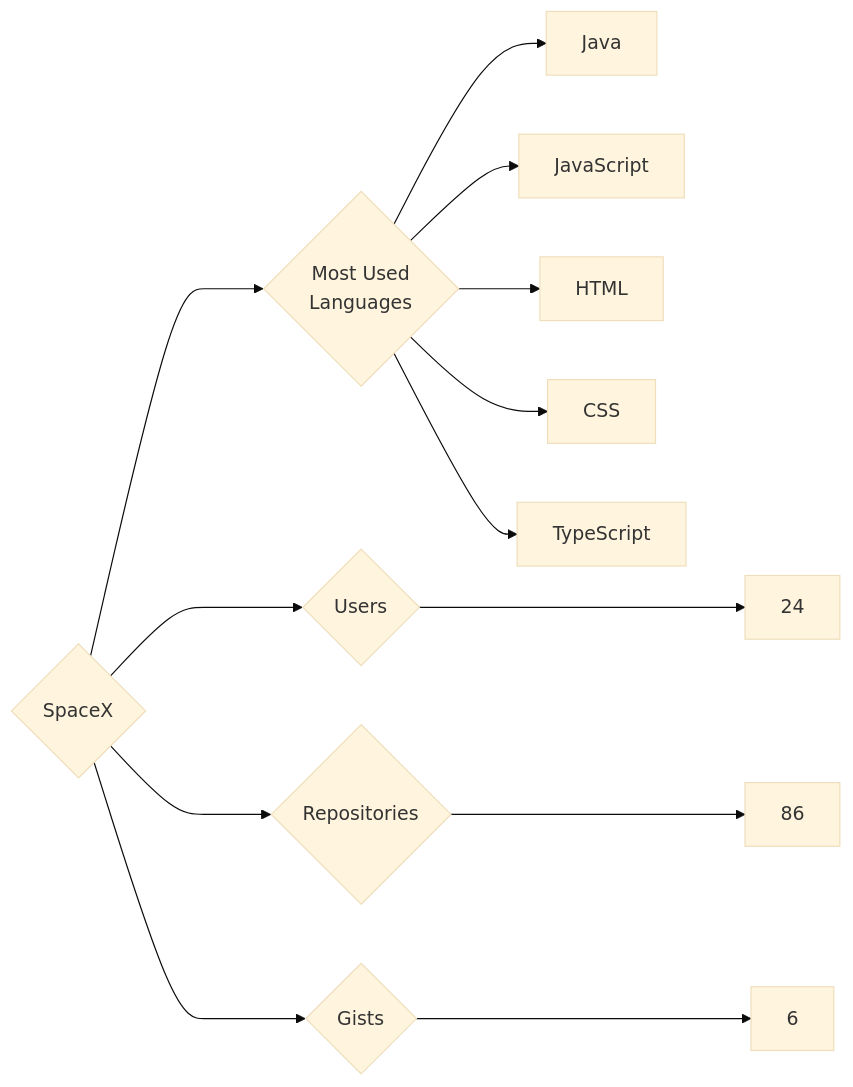
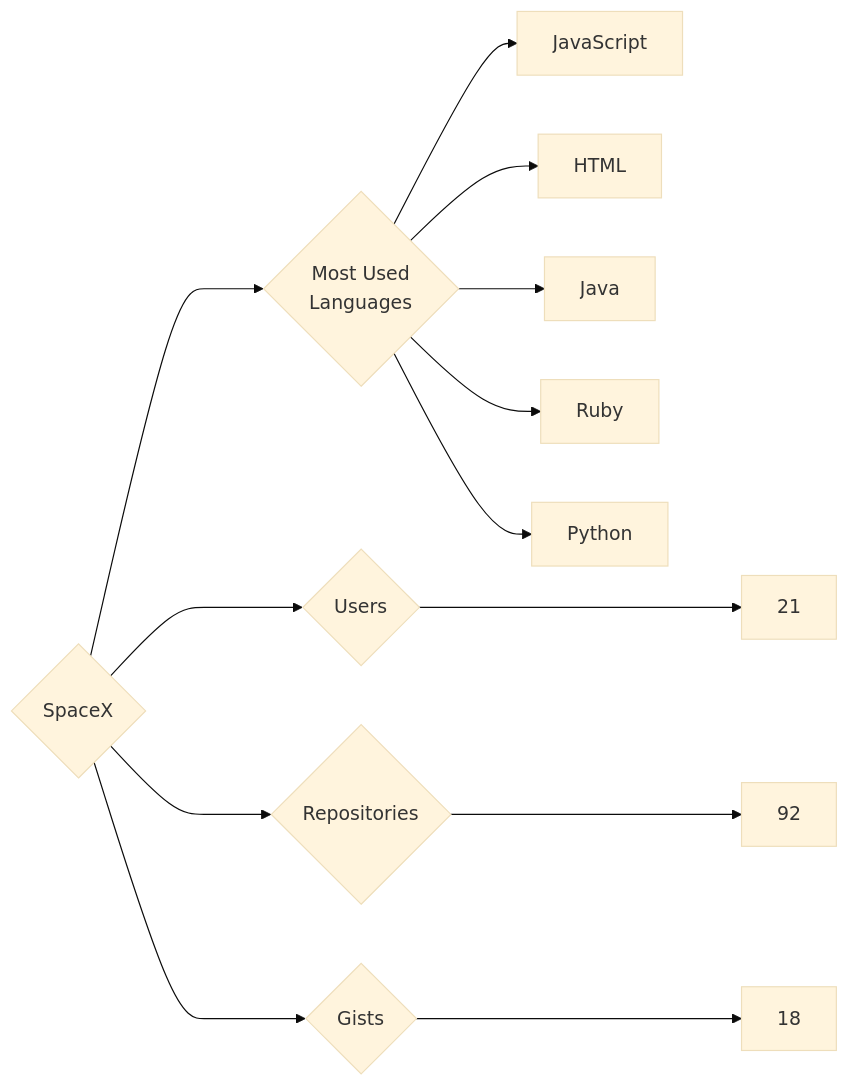
One commit to trickest/insiders changed the diagram in targets/SpaceX/README.md. Above: the diagram before and after it, drawn with Mermaid (base theme). The commit also changed 964 other files, not shown here.

````diff
--- a/targets/SpaceX/README.md
+++ b/targets/SpaceX/README.md
@@ -3,13 +3,13 @@
 ```mermaid
 graph LR
 COMPANY_NAME{SpaceX}
-COMPANY_NAME ---> U{Users} ---> UN[24]
-COMPANY_NAME ---> R{Repositories} ---> RN[86]
-COMPANY_NAME ---> G{Gists} ---> GN[6]
+COMPANY_NAME ---> U{Users} ---> UN[21]
+COMPANY_NAME ---> R{Repositories} ---> RN[92]
+COMPANY_NAME ---> G{Gists} ---> GN[18]
 COMPANY_NAME ---> ML{Most Used<br>Languages}
-ML --> Java[Java]
 ML --> JavaScript[JavaScript]
 ML --> HTML[HTML]
-ML --> CSS[CSS]
-ML --> TypeScript[TypeScript]
+ML --> Java[Java]
+ML --> Ruby[Ruby]
+ML --> Python[Python]
 ```
````
